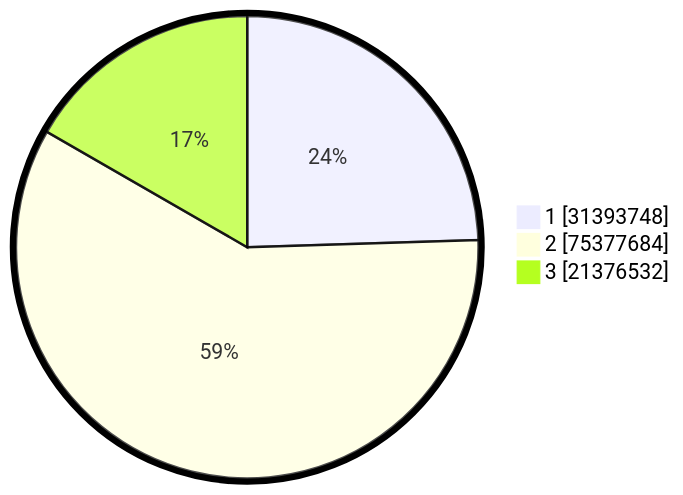
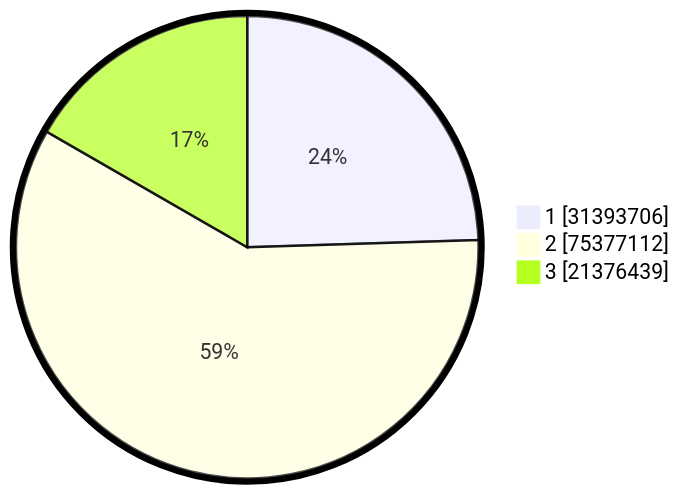
One commit to gigit-pemilu/pemilu-2024 changed the second of 2 diagrams in pilpres/hitung-suara/README.md. Above: the diagram before and after it, drawn with Mermaid. The commit also changed other lines of this file and 10 other files, not shown here.

````diff
--- a/pilpres/hitung-suara/README.md
+++ b/pilpres/hitung-suara/README.md
@@ -93,7 +93,7 @@
 ```mermaid
 %%{init: {"pie": {"textPosition": 0.5}, "themeVariables": {"pieOuterStrokeWidth": "5px"}} }%%
 pie showData
-    "1" : 31393748
-    "2" : 75377684
-    "3" : 21376532
+    "1" : 31393706
+    "2" : 75377112
+    "3" : 21376439
 ```
````
